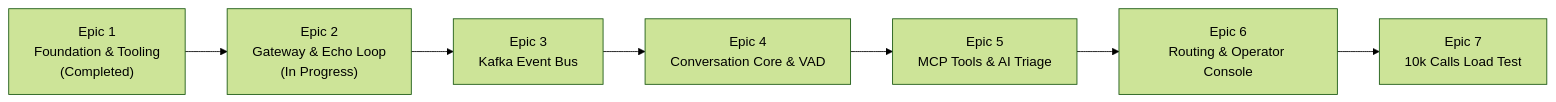
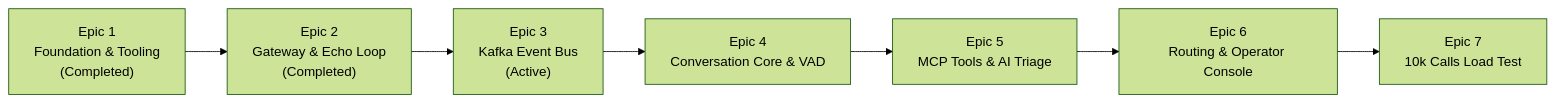
The diagram in ROADMAP.md (pedrazamiguez/voice-pulse), drawn with Mermaid (forest theme) before and after one commit. The commit also changed other lines of this file and 1 other file, not shown here.

Commit message:
docs(roadmap): mark Epic 2 completed, establish Epic 3 master plan and tracking issues

````diff
--- a/ROADMAP.md
+++ b/ROADMAP.md
@@ -26,9 +26,9 @@
 ```mermaid
 flowchart LR
-    E1["Epic 1<br/>Foundation & Tooling<br/>(Completed)"] --> E2["Epic 2<br/>Gateway & Echo Loop<br/>(In Progress)"]
-    E2 --> E3["Epic 3<br/>Kafka Event Bus"]
+    E1["Epic 1<br/>Foundation & Tooling<br/>(Completed)"] --> E2["Epic 2<br/>Gateway & Echo Loop<br/>(Completed)"]
+    E2 --> E3["Epic 3<br/>Kafka Event Bus<br/>(Active)"]
     E3 --> E4["Epic 4<br/>Conversation Core & VAD"]
     E4 --> E5["Epic 5<br/>MCP Tools & AI Triage"]
     E5 --> E6["Epic 6<br/>Routing & Operator Console"]
     E6 --> E7["Epic 7<br/>10k Calls Load Test"]
 ```
````
